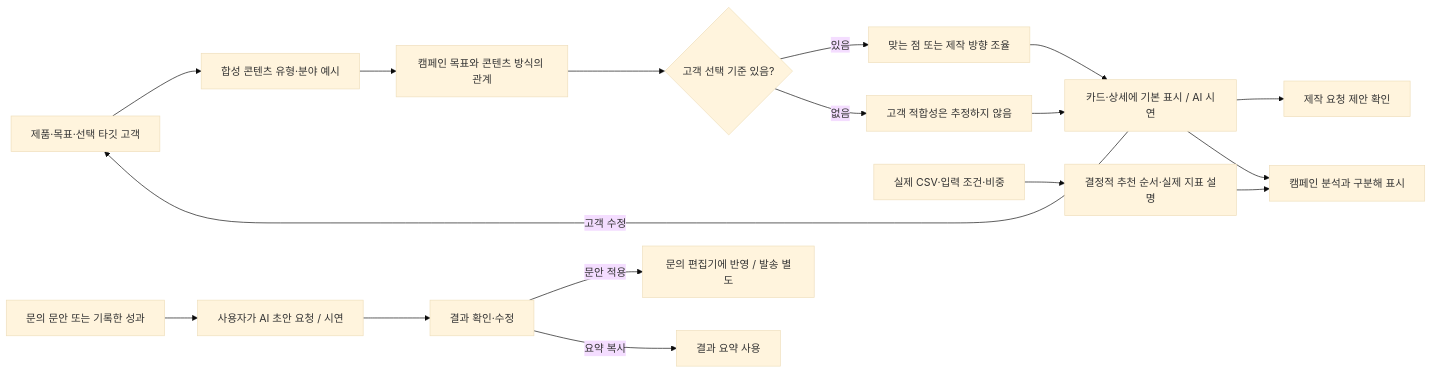
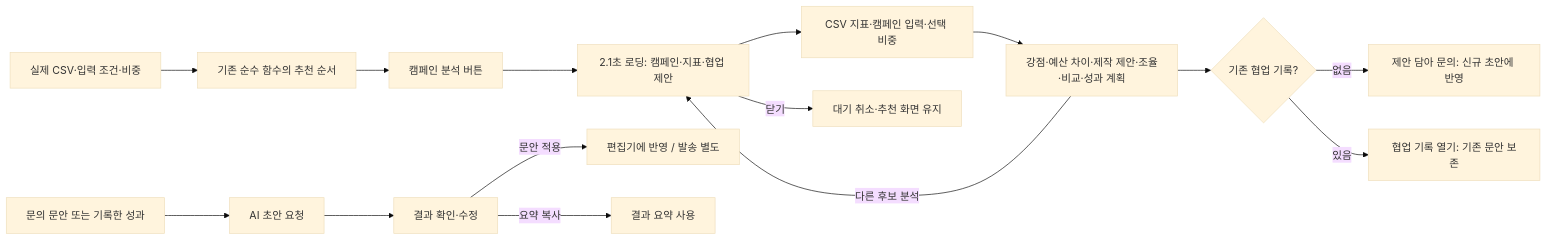
Before and after one commit to vk2commits/creator-match: the third of 3 diagrams in flowchart.md, drawn with Mermaid (base theme). The commit also changed other lines of this file and 6 other files, not shown here.

````diff
--- a/flowchart.md
+++ b/flowchart.md
@@ -113,19 +117,17 @@
 ```mermaid
 flowchart LR
-    A["제품·목표·선택 타깃 고객"] --> B["합성 콘텐츠 유형·분야 예시"]
-    B --> C["캠페인 목표와 콘텐츠 방식의 관계"]
-    C --> D{"고객 선택 기준 있음?"}
-    D -- 있음 --> E["맞는 점 또는 제작 방향 조율"]
-    D -- 없음 --> F["고객 적합성은 추정하지 않음"]
-    E --> G["카드·상세에 기본 표시 / AI 시연"]
-    F --> G
-    G -- 고객 수정 --> A
-    G --> H["제작 요청 제안 확인"]
-    I["실제 CSV·입력 조건·비중"] --> J["결정적 추천 순서·실제 지표 설명"]
-    J --> K["캠페인 분석과 구분해 표시"]
-    G --> K
-    L["문의 문안 또는 기록한 성과"] --> M["사용자가 AI 초안 요청 / 시연"]
-    M --> N["결과 확인·수정"]
-    N -- 문안 적용 --> O["문의 편집기에 반영 / 발송 별도"]
-    N -- 요약 복사 --> P["결과 요약 사용"]
+    A["캠페인 분석 버튼"] --> L["2.1초 로딩: 캠페인·지표·협업 제안"]
+    L --> B["CSV 지표·캠페인 입력·선택 비중"]
+    B --> C["강점·예산 차이·제작 제안·조율·비교·성과 계획"]
+    C --> D{"기존 협업 기록?"}
+    D -- 없음 --> E["제안 담아 문의: 신규 초안에 반영"]
+    D -- 있음 --> F["협업 기록 열기: 기존 문안 보존"]
+    C -- 다른 후보 분석 --> L
+    L -- 닫기 --> X["대기 취소·추천 화면 유지"]
+    I["실제 CSV·입력 조건·비중"] --> J["기존 순수 함수의 추천 순서"]
+    J --> A
+    P["문의 문안 또는 기록한 성과"] --> Q["AI 초안 요청"]
+    Q --> R["결과 확인·수정"]
+    R -- 문안 적용 --> S["편집기에 반영 / 발송 별도"]
+    R -- 요약 복사 --> T["결과 요약 사용"]
 ```
````
